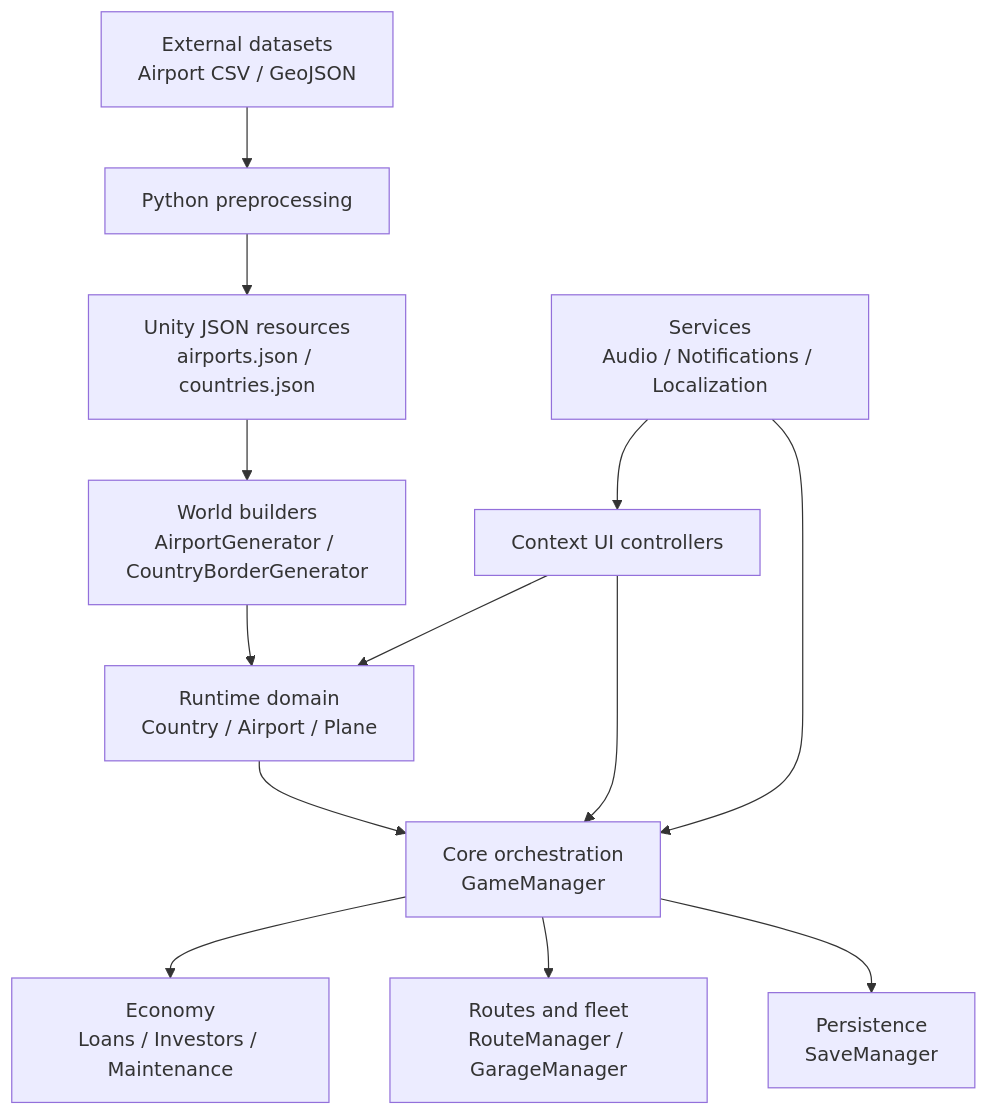
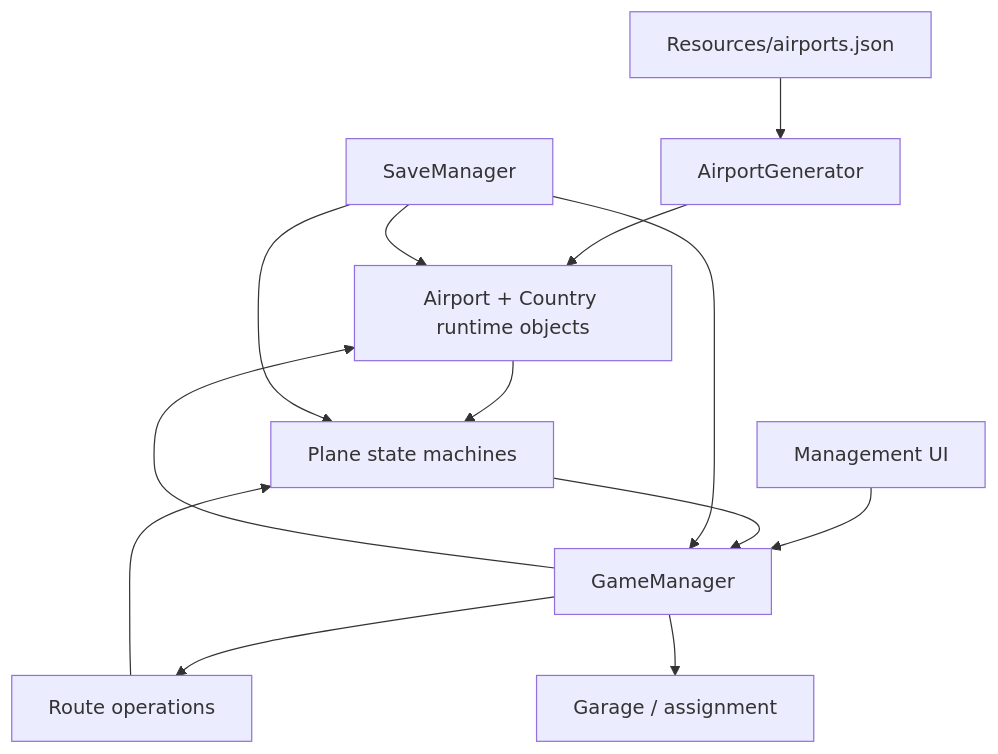
Before and after one commit to Pval-Dev/transit-empire: the diagram in diagrams/architecture.mmd, drawn with Mermaid. The commit also changed 50 other files, not shown here.

```diff
--- a/diagrams/architecture.mmd
+++ b/diagrams/architecture.mmd
@@ -1,17 +1,15 @@
 flowchart TD
-    Data["External datasets<br/>Airport CSV / GeoJSON"] --> Pipeline["Python preprocessing"]
-    Pipeline --> Json["Unity JSON resources<br/>airports.json / countries.json"]
+    JSON["Resources/airports.json"] --> Generator["AirportGenerator"]
+    Generator --> Airports["Airport + Country runtime objects"]
 
-    Json --> World["World builders<br/>AirportGenerator / CountryBorderGenerator"]
-    World --> Domain["Runtime domain<br/>Country / Airport / Plane"]
+    UI["Management UI"] --> GM["GameManager"]
+    GM --> Airports
+    GM --> Routes["Route operations"]
+    GM --> Fleet["Garage / assignment"]
+    Routes --> Planes["Plane state machines"]
+    Airports --> Planes
+    Planes --> GM
 
-    Domain --> Core["Core orchestration<br/>GameManager"]
-    Core --> Economy["Economy<br/>Loans / Investors / Maintenance"]
-    Core --> Routes["Routes and fleet<br/>RouteManager / GarageManager"]
-    Core --> Persistence["Persistence<br/>SaveManager"]
-
-    UI["Context UI controllers"] --> Core
-    UI --> Domain
-
-    Services["Services<br/>Audio / Notifications / Localization"] --> UI
-    Services --> Core
+    Save["SaveManager"] --> GM
+    Save --> Airports
+    Save --> Planes
```
